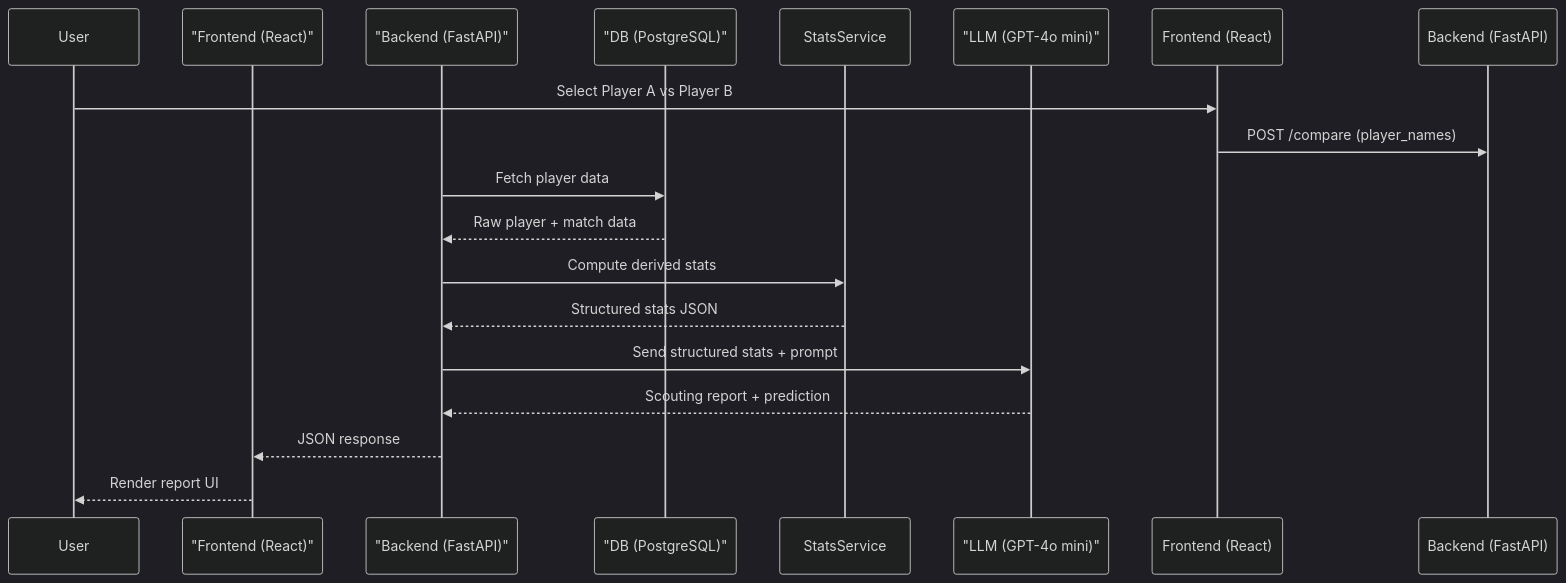
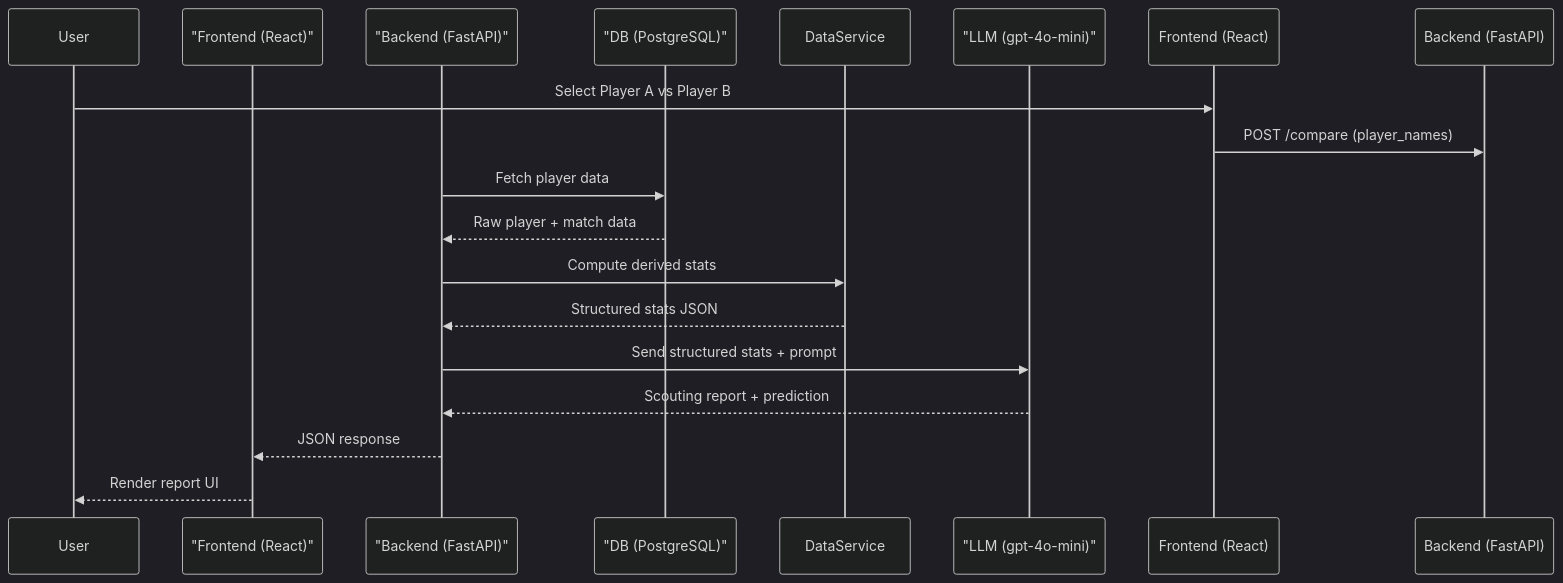
One commit to linbeau0822/tennis-scout-agent changed the diagram in sequence/sequence_diagram.md. Above: the diagram before and after it, drawn with Mermaid (dark theme).

Commit message:
updated to actual service -> DataService and updated llm name

````diff
--- a/sequence/sequence_diagram.md
+++ b/sequence/sequence_diagram.md
@@ -1,24 +1,24 @@
 ```mermaid
 sequenceDiagram
     participant User
     participant FE as "Frontend (React)"
     participant BE as "Backend (FastAPI)"
     participant DBPG as "DB (PostgreSQL)"
-    participant StatsService
-    participant LLM as "LLM (GPT-4o mini)"
+    participant DataService
+    participant LLM as "LLM (gpt-4o-mini)"
 
     User->>Frontend (React): Select Player A vs Player B
     Frontend (React)->>Backend (FastAPI): POST /compare (player_names)
 
     BE->>DBPG: Fetch player data
     DBPG-->>BE: Raw player + match data
 
-    BE->>StatsService: Compute derived stats
-    StatsService-->>BE: Structured stats JSON
+    BE->>DataService: Compute derived stats
+    DataService-->>BE: Structured stats JSON
 
     BE->>LLM: Send structured stats + prompt
     LLM-->>BE: Scouting report + prediction
 
     BE-->>FE: JSON response
     FE-->>User: Render report UI
 ```
````
